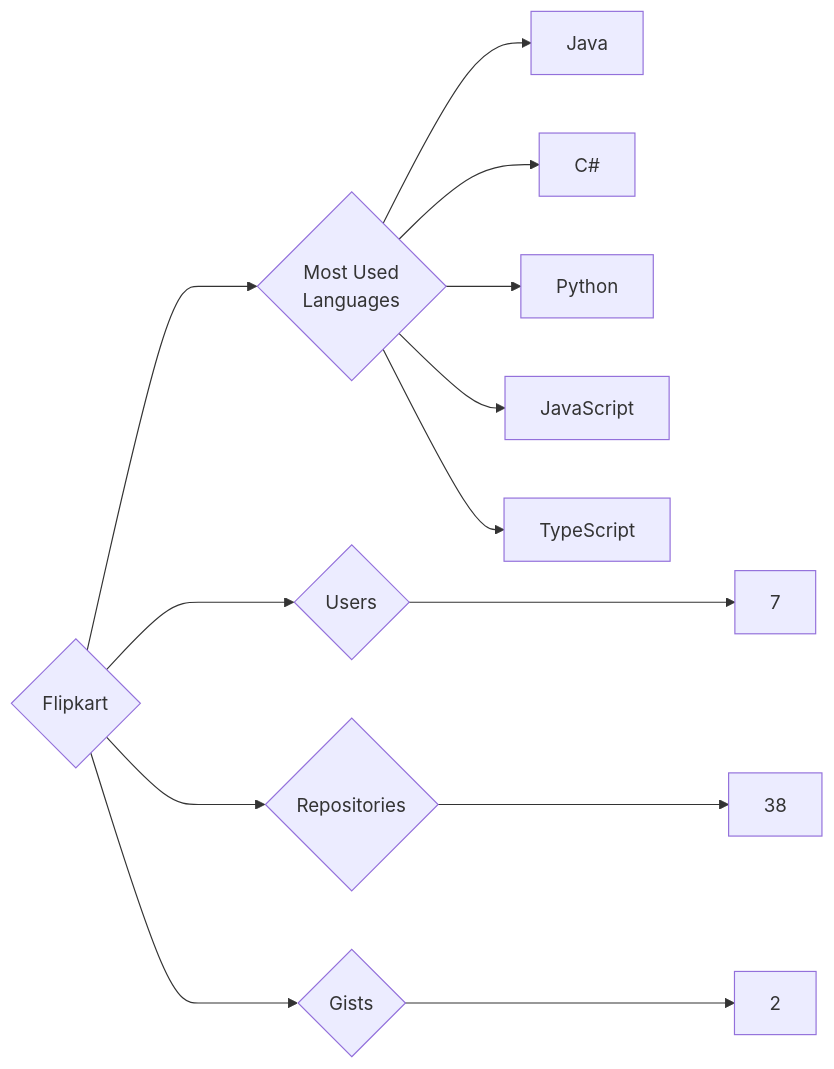
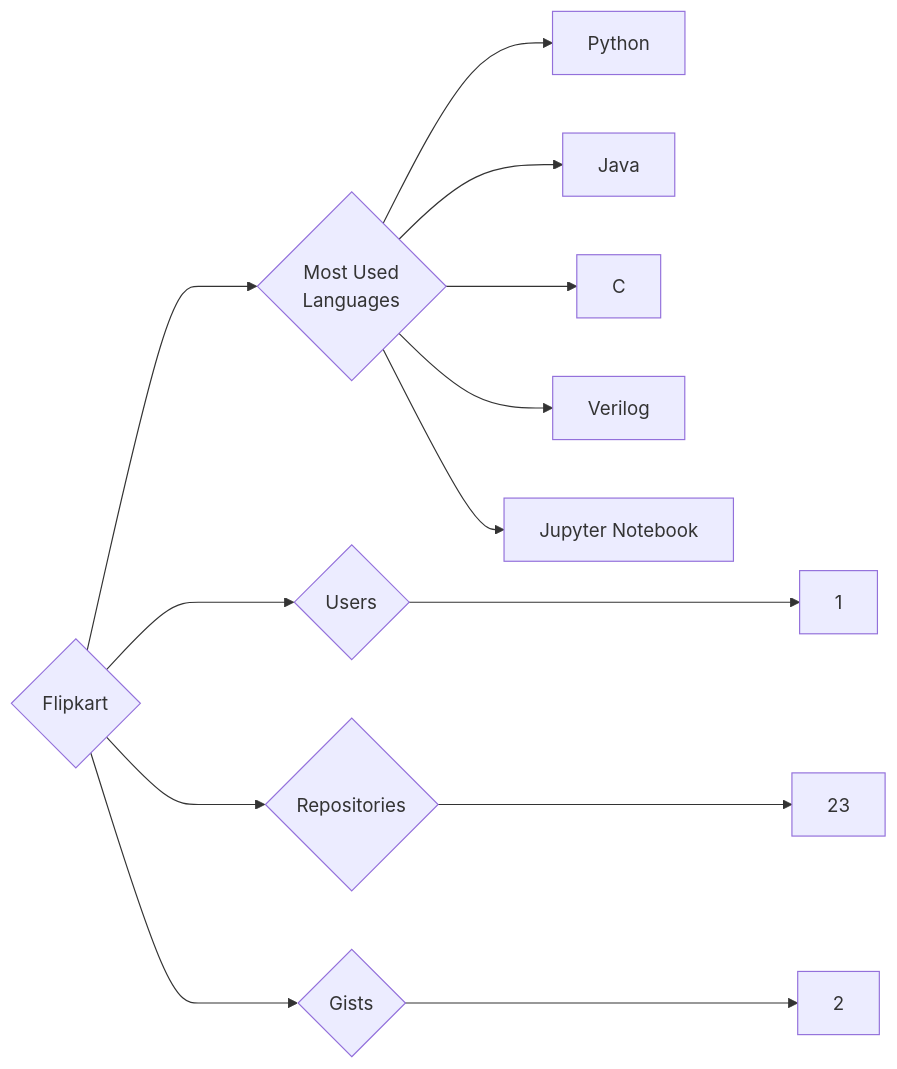
Before and after one commit to trickest/insiders: the diagram in targets/Flipkart/README.md, drawn with Mermaid. The commit also changed 865 other files, not shown here.

````diff
--- a/targets/Flipkart/README.md
+++ b/targets/Flipkart/README.md
@@ -3,13 +3,13 @@
 ```mermaid
 graph LR
 COMPANY_NAME{Flipkart}
-COMPANY_NAME ---> U{Users} ---> UN[7]
-COMPANY_NAME ---> R{Repositories} ---> RN[38]
+COMPANY_NAME ---> U{Users} ---> UN[1]
+COMPANY_NAME ---> R{Repositories} ---> RN[23]
 COMPANY_NAME ---> G{Gists} ---> GN[2]
 COMPANY_NAME ---> ML{Most Used<br>Languages}
+ML --> Python[Python]
 ML --> Java[Java]
-ML --> C#[C#]
-ML --> Python[Python]
-ML --> JavaScript[JavaScript]
-ML --> TypeScript[TypeScript]
+ML --> C[C]
+ML --> Verilog[Verilog]
+ML --> Jupyter_Notebook[Jupyter Notebook]
 ```
````
